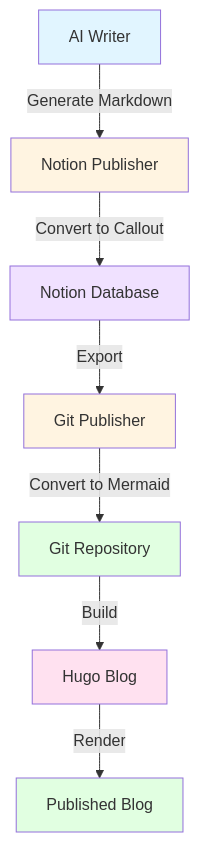
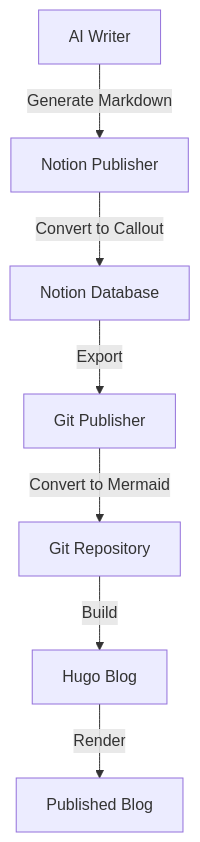
The diagram in content/post/보안/-파이프라인-테스트-Mermaid-다이어그램/index.md (rebugui/rebugui.github.io), drawn with Mermaid before and after one commit. The commit also changed 14 other files, not shown here.

First line of the commit message:
fix: 최근 3일간 블로그 Mermaid 다이어그램 스타일 제거

````diff
--- a/content/post/보안/-파이프라인-테스트-Mermaid-다이어그램/index.md
+++ b/content/post/보안/-파이프라인-테스트-Mermaid-다이어그램/index.md
@@ -22,17 +22,10 @@
 ```mermaid
 graph TD
     A[AI Writer] -->|Generate Markdown| B[Notion Publisher]
     B -->|Convert to Callout| C[Notion Database]
     C -->|Export| D[Git Publisher]
     D -->|Convert to Mermaid| E[Git Repository]
     E -->|Build| F[Hugo Blog]
     F -->|Render| G[Published Blog]
 
-    style A fill:#e1f5ff
-    style B fill:#fff4e1
-    style C fill:#f0e1ff
-    style D fill:#fff4e1
-    style E fill:#e1ffe1
-    style F fill:#ffe1f0
-    style G fill:#e1ffe1
 ```
````
